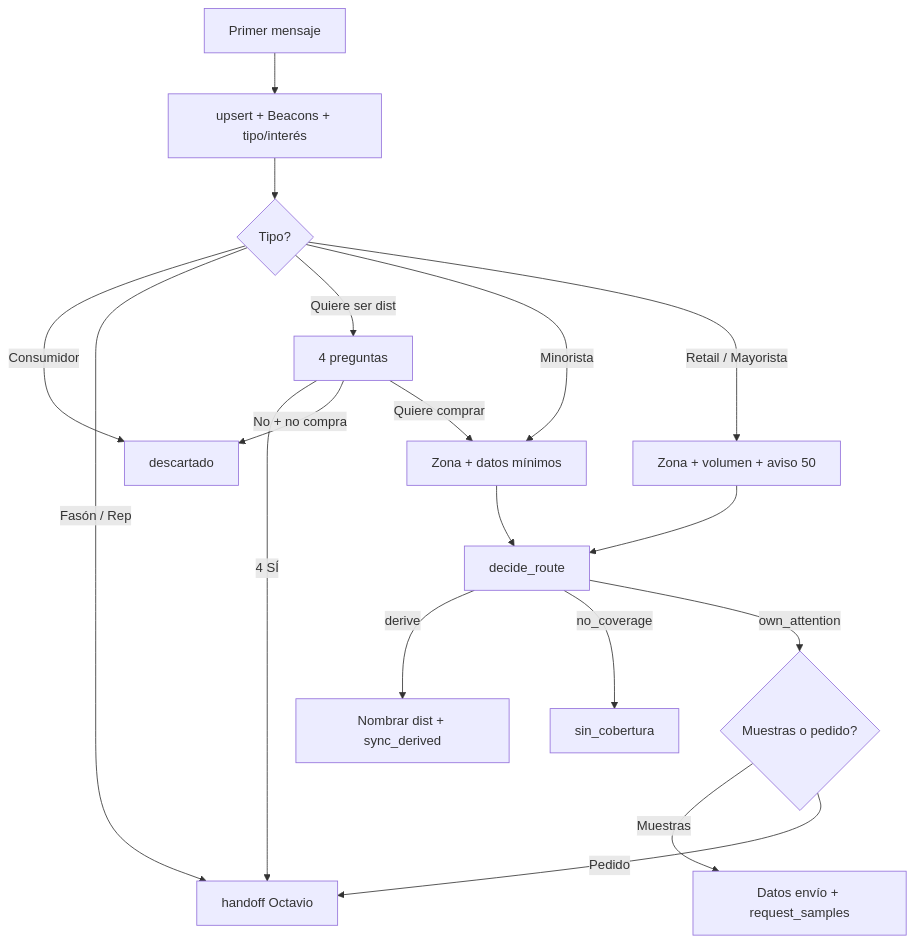
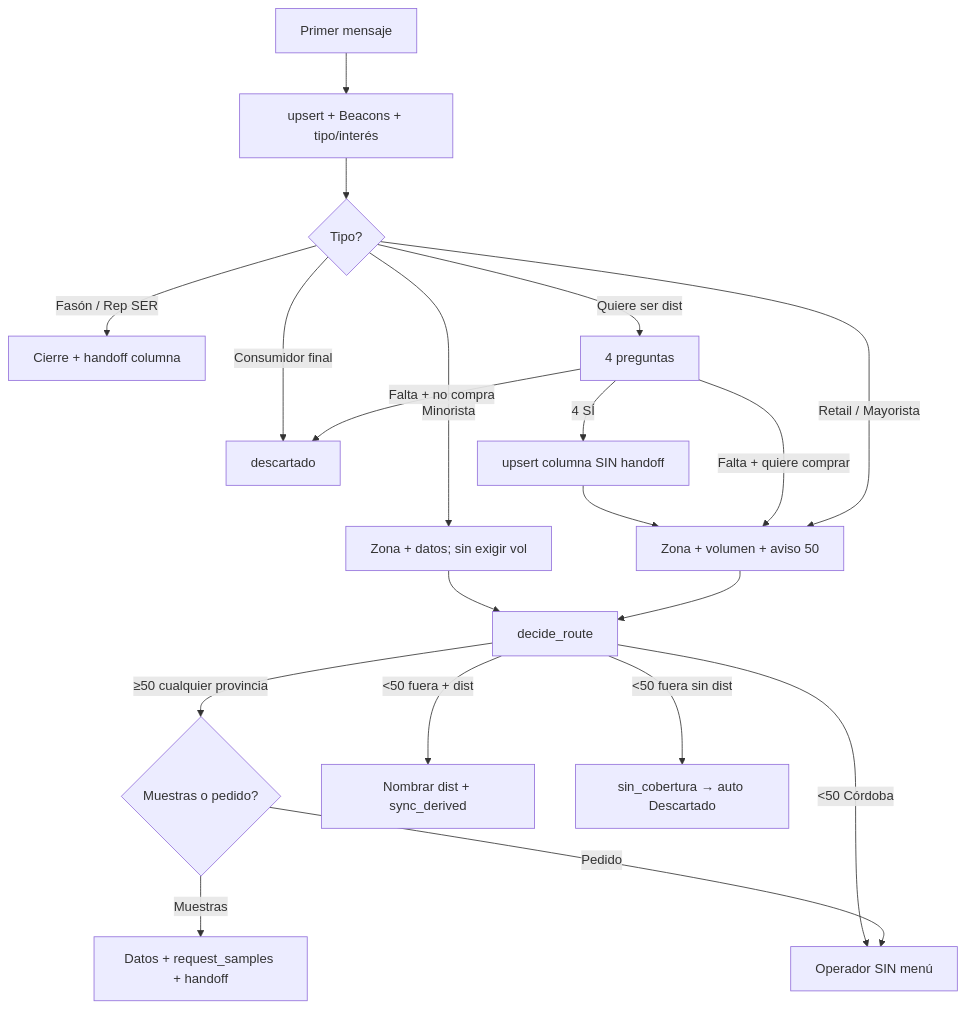
The diagram in docs/planilla-flujo-ia-anexo-prompt.md (fecotechSolutions/tool-coolmeals), drawn with Mermaid before and after one commit. The commit also changed other lines of this file and 5 other files, not shown here.

````diff
--- a/docs/planilla-flujo-ia-anexo-prompt.md
+++ b/docs/planilla-flujo-ia-anexo-prompt.md
@@ -103,20 +43,21 @@
 ```mermaid
 flowchart TD
   A[Primer mensaje] --> B[upsert + Beacons + tipo/interés]
   B --> C{Tipo?}
-  C -->|Consumidor| Z[descartado]
-  C -->|Fasón / Rep| H[handoff Octavio]
+  C -->|Consumidor final| Z[descartado]
+  C -->|Fasón / Rep SER| H[Cierre + handoff columna]
   C -->|Quiere ser dist| Q[4 preguntas]
-  Q -->|4 SÍ| H
-  Q -->|No + no compra| Z
-  Q -->|Quiere comprar| D
-  C -->|Minorista| D[Zona + datos mínimos]
+  Q -->|4 SÍ| QD[upsert columna SIN handoff] --> E
+  Q -->|Falta + no compra| Z
+  Q -->|Falta + quiere comprar| E
+  C -->|Minorista| D[Zona + datos; sin exigir vol]
   C -->|Retail / Mayorista| E[Zona + volumen + aviso 50]
   D --> R[decide_route]
   E --> R
-  R -->|derive| Dist[Nombrar dist + sync_derived]
-  R -->|no_coverage| SC[sin_cobertura]
-  R -->|own_attention| M{Muestras o pedido?}
-  M -->|Muestras| MS[Datos envío + request_samples]
-  M -->|Pedido| H
+  R -->|≥50 cualquier provincia| M{Muestras o pedido?}
+  R -->|<50 Córdoba| H2[Operador SIN menú]
+  R -->|<50 fuera + dist| Dist[Nombrar dist + sync_derived]
+  R -->|<50 fuera sin dist| SC[sin_cobertura → auto Descartado]
+  M -->|Muestras| MS[Datos + request_samples + handoff]
+  M -->|Pedido| H2
 ```
````
